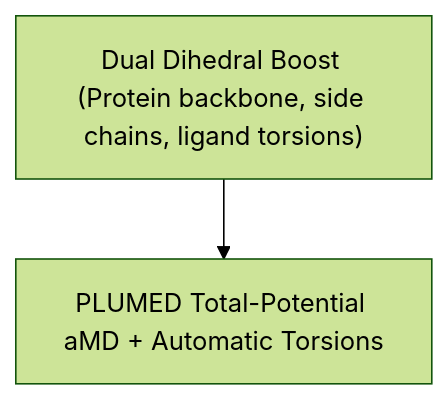
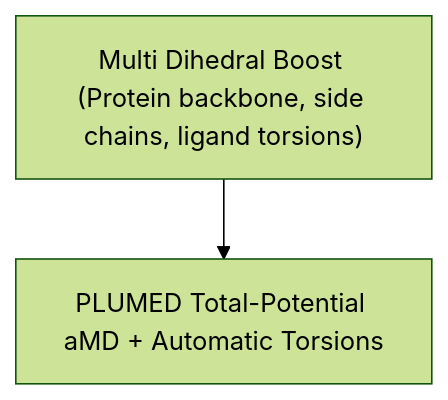
One commit to marcuswangweihow/FBDD changed the third of 4 diagrams in Frag_to_lead_4MZI/README.md. Above: the diagram before and after it, drawn with Mermaid (forest theme). The commit also changed other lines of this file, not shown here.

````diff
--- a/Frag_to_lead_4MZI/README.md
+++ b/Frag_to_lead_4MZI/README.md
@@ -168,4 +168,4 @@
 ```mermaid
 flowchart TD
-    I["Dual Dihedral Boost (Protein backbone, side chains, ligand torsions)"] --> J["PLUMED Total-Potential aMD + Automatic Torsions"]
+    I["Multi Dihedral Boost (Protein backbone, side chains, ligand torsions)"] --> J["PLUMED Total-Potential aMD + Automatic Torsions"]
 ```
````
